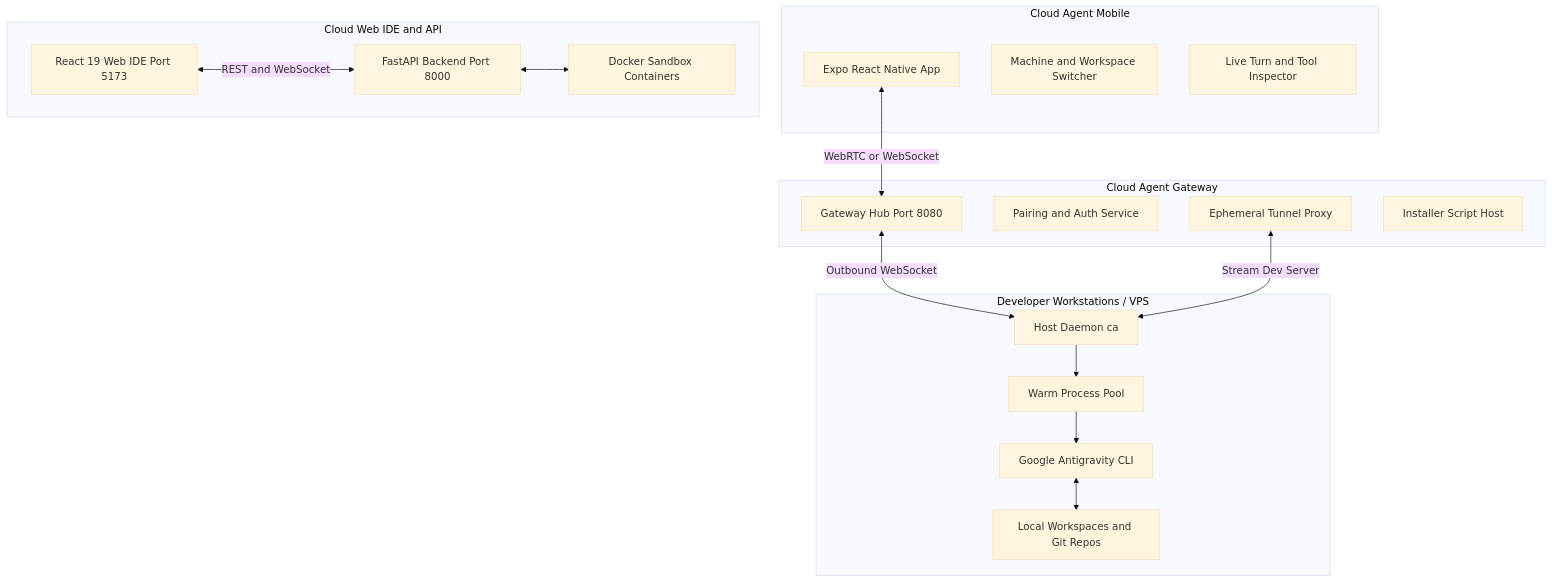
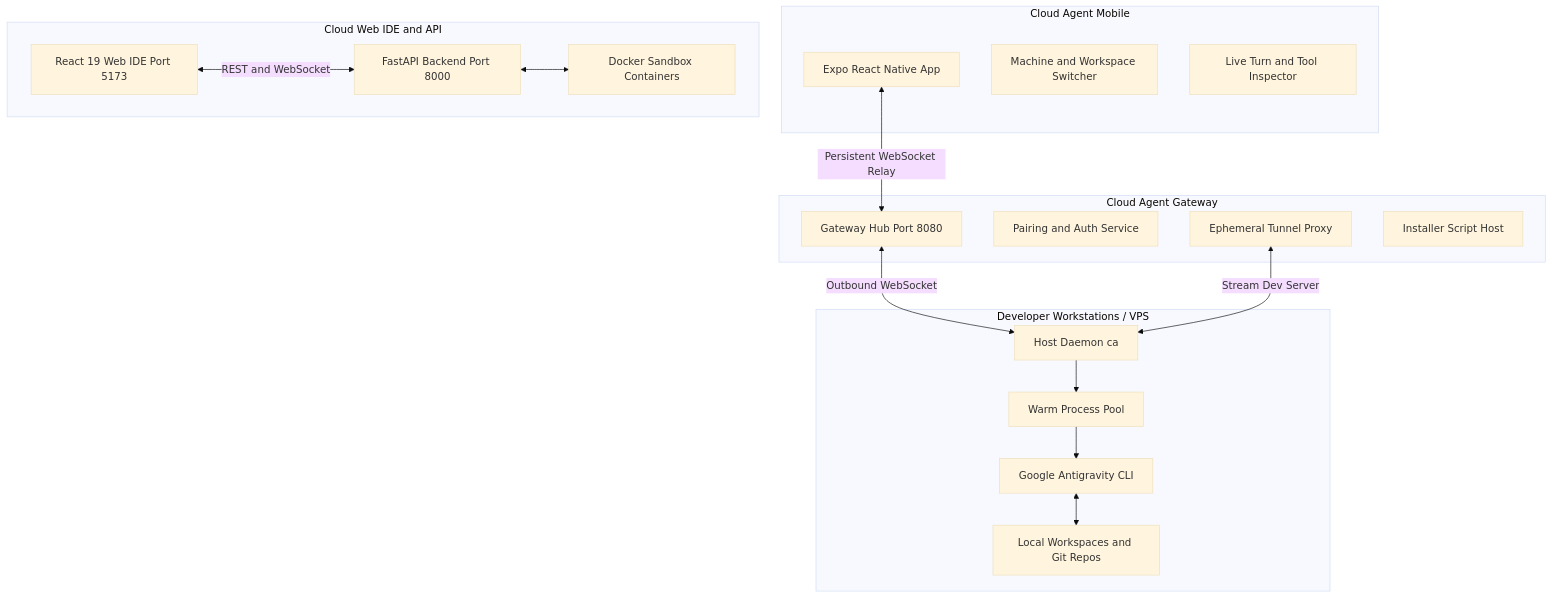
The diagram in README.md (Abhishekkkk-15/cloud-agent), drawn with Mermaid (base theme) before and after one commit. The commit also changed other lines of this file and 21 other files, not shown here.

Commit message:
refactor(network): replace WebRTC with pure persistent WebSocket relay

````diff
--- a/README.md
+++ b/README.md
@@ -79,38 +79,38 @@
 ```mermaid
 flowchart TD
     subgraph MobileClient ["Cloud Agent Mobile"]
         MobileApp["Expo React Native App"]
         Drawer["Machine and Workspace Switcher"]
         TurnView["Live Turn and Tool Inspector"]
     end
 
     subgraph GatewayHub ["Cloud Agent Gateway"]
         GW["Gateway Hub Port 8080"]
         PairingService["Pairing and Auth Service"]
         TunnelService["Ephemeral Tunnel Proxy"]
         ScriptServer["Installer Script Host"]
     end
 
     subgraph HostMachines ["Developer Workstations / VPS"]
         Daemon["Host Daemon ca"]
         PersistentPool["Warm Process Pool"]
         AgyCLI["Google Antigravity CLI"]
         LocalGit["Local Workspaces and Git Repos"]
     end
 
     subgraph CloudIDE ["Cloud Web IDE and API"]
         WebIDE["React 19 Web IDE Port 5173"]
         FastAPIApp["FastAPI Backend Port 8000"]
         DockerDaemon["Docker Sandbox Containers"]
     end
 
-    MobileApp <-->|WebRTC or WebSocket| GW
+    MobileApp <-->|Persistent WebSocket Relay| GW
     GW <-->|Outbound WebSocket| Daemon
     Daemon --> PersistentPool
     PersistentPool --> AgyCLI
     AgyCLI <--> LocalGit
     TunnelService <-->|Stream Dev Server| Daemon
 
     WebIDE <-->|REST and WebSocket| FastAPIApp
     FastAPIApp <--> DockerDaemon
 ```
````
